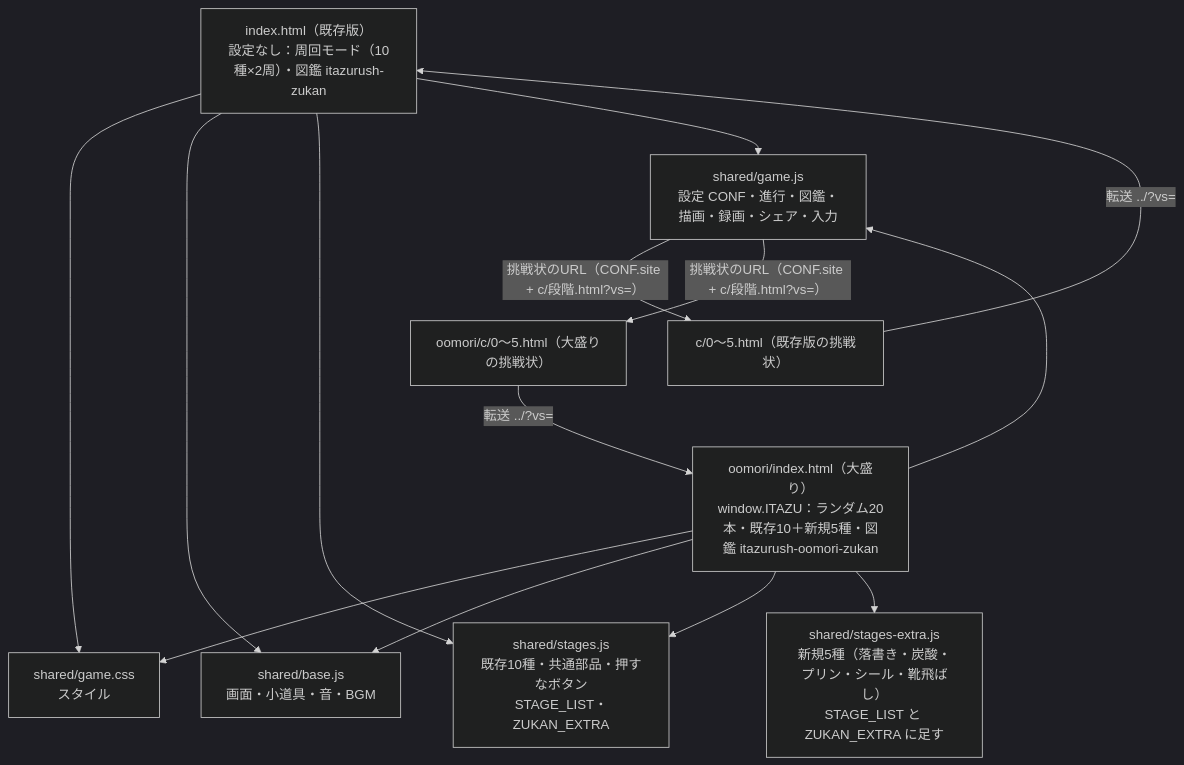
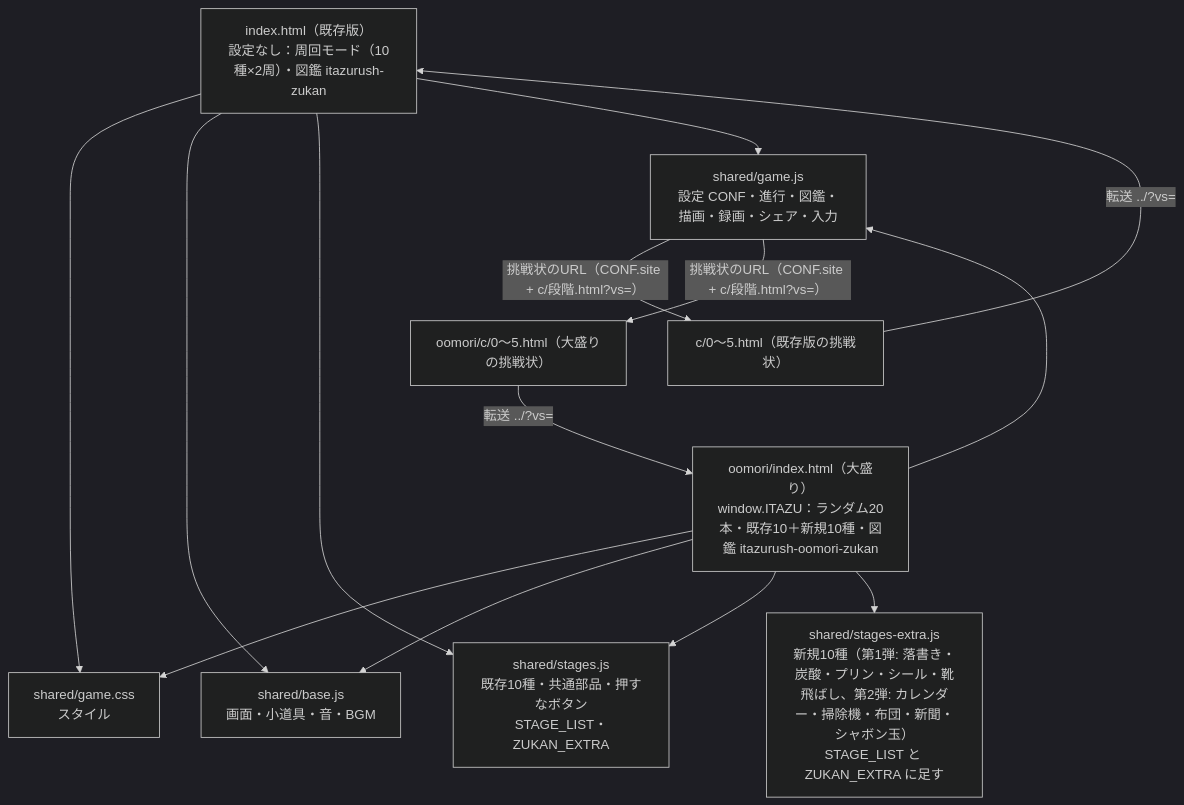
One commit to sakuichi/itazu-rush changed the first of 2 diagrams in docs/architecture.md. Above: the diagram before and after it, drawn with Mermaid (dark theme). The commit also changed other lines of this file and 9 other files, not shown here.

First line of the commit message:
大盛り！第2弾：カレンダー・掃除機・布団・新聞・シャボン玉を追加（全20種）

````diff
--- a/docs/architecture.md
+++ b/docs/architecture.md
@@ -10,17 +10,17 @@
 ```mermaid
 flowchart TD
   P1["index.html（既存版）<br>設定なし：周回モード（10種×2周）・図鑑 itazurush-zukan"]
-  P2["oomori/index.html（大盛り）<br>window.ITAZU：ランダム20本・既存10＋新規5種・図鑑 itazurush-oomori-zukan"]
+  P2["oomori/index.html（大盛り）<br>window.ITAZU：ランダム20本・既存10＋新規10種・図鑑 itazurush-oomori-zukan"]
   CSS["shared/game.css<br>スタイル"]
   BASE["shared/base.js<br>画面・小道具・音・BGM"]
   ST["shared/stages.js<br>既存10種・共通部品・押すなボタン<br>STAGE_LIST・ZUKAN_EXTRA"]
-  EX["shared/stages-extra.js<br>新規5種（落書き・炭酸・プリン・シール・靴飛ばし）<br>STAGE_LIST と ZUKAN_EXTRA に足す"]
+  EX["shared/stages-extra.js<br>新規10種（第1弾: 落書き・炭酸・プリン・シール・靴飛ばし、第2弾: カレンダー・掃除機・布団・新聞・シャボン玉）<br>STAGE_LIST と ZUKAN_EXTRA に足す"]
   GAME["shared/game.js<br>設定 CONF・進行・図鑑・描画・録画・シェア・入力"]
   CH1["c/0〜5.html（既存版の挑戦状）"]
   CH2["oomori/c/0〜5.html（大盛りの挑戦状）"]
   P1 --> CSS & BASE & ST & GAME
   P2 --> CSS & BASE & ST & EX & GAME
   GAME -- "挑戦状のURL（CONF.site + c/段階.html?vs=）" --> CH1 & CH2
   CH1 -- "転送 ../?vs=" --> P1
   CH2 -- "転送 ../?vs=" --> P2
 ```
````
